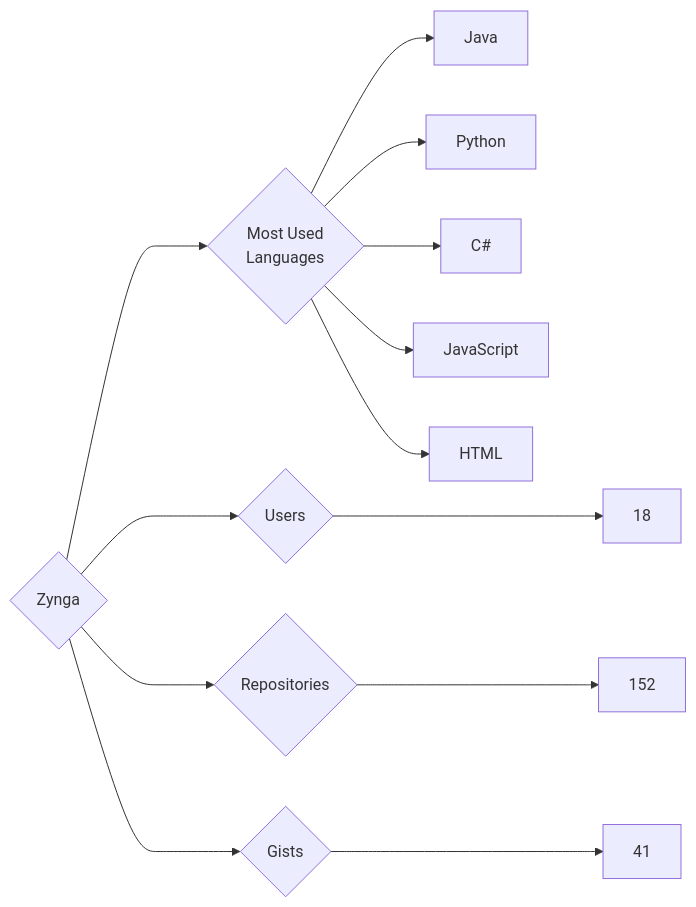
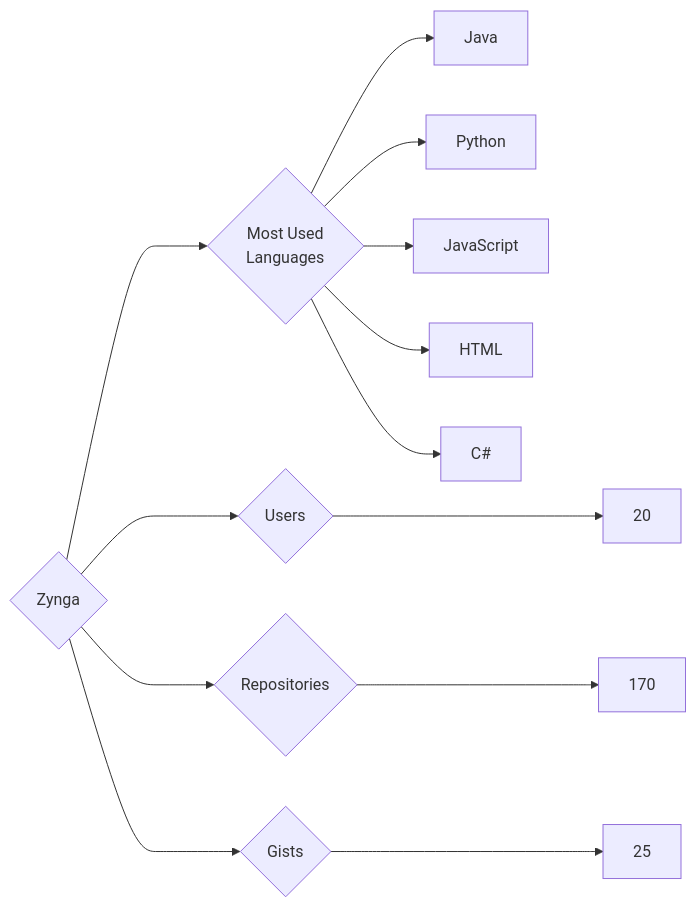
The diagram in targets/Zynga/README.md (trickest/insiders), drawn with Mermaid before and after one commit. The commit also changed 1011 other files, not shown here.

````diff
--- a/targets/Zynga/README.md
+++ b/targets/Zynga/README.md
@@ -3,13 +3,13 @@
 ```mermaid
 graph LR
 COMPANY_NAME{Zynga}
-COMPANY_NAME ---> U{Users} ---> UN[18]
-COMPANY_NAME ---> R{Repositories} ---> RN[152]
-COMPANY_NAME ---> G{Gists} ---> GN[41]
+COMPANY_NAME ---> U{Users} ---> UN[20]
+COMPANY_NAME ---> R{Repositories} ---> RN[170]
+COMPANY_NAME ---> G{Gists} ---> GN[25]
 COMPANY_NAME ---> ML{Most Used<br>Languages}
 ML --> Java[Java]
 ML --> Python[Python]
-ML --> C#[C#]
 ML --> JavaScript[JavaScript]
 ML --> HTML[HTML]
+ML --> C#[C#]
 ```
````
